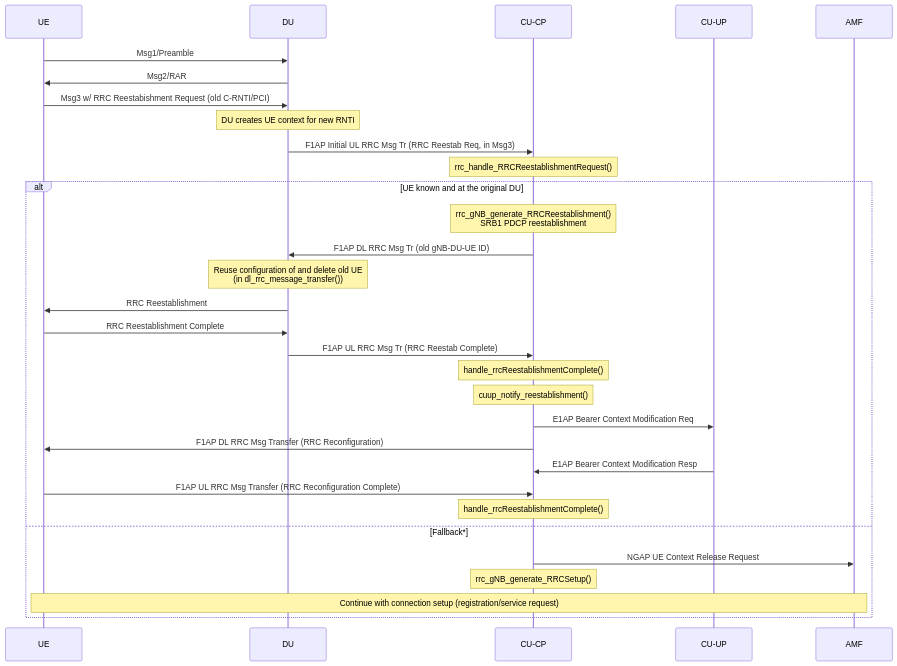
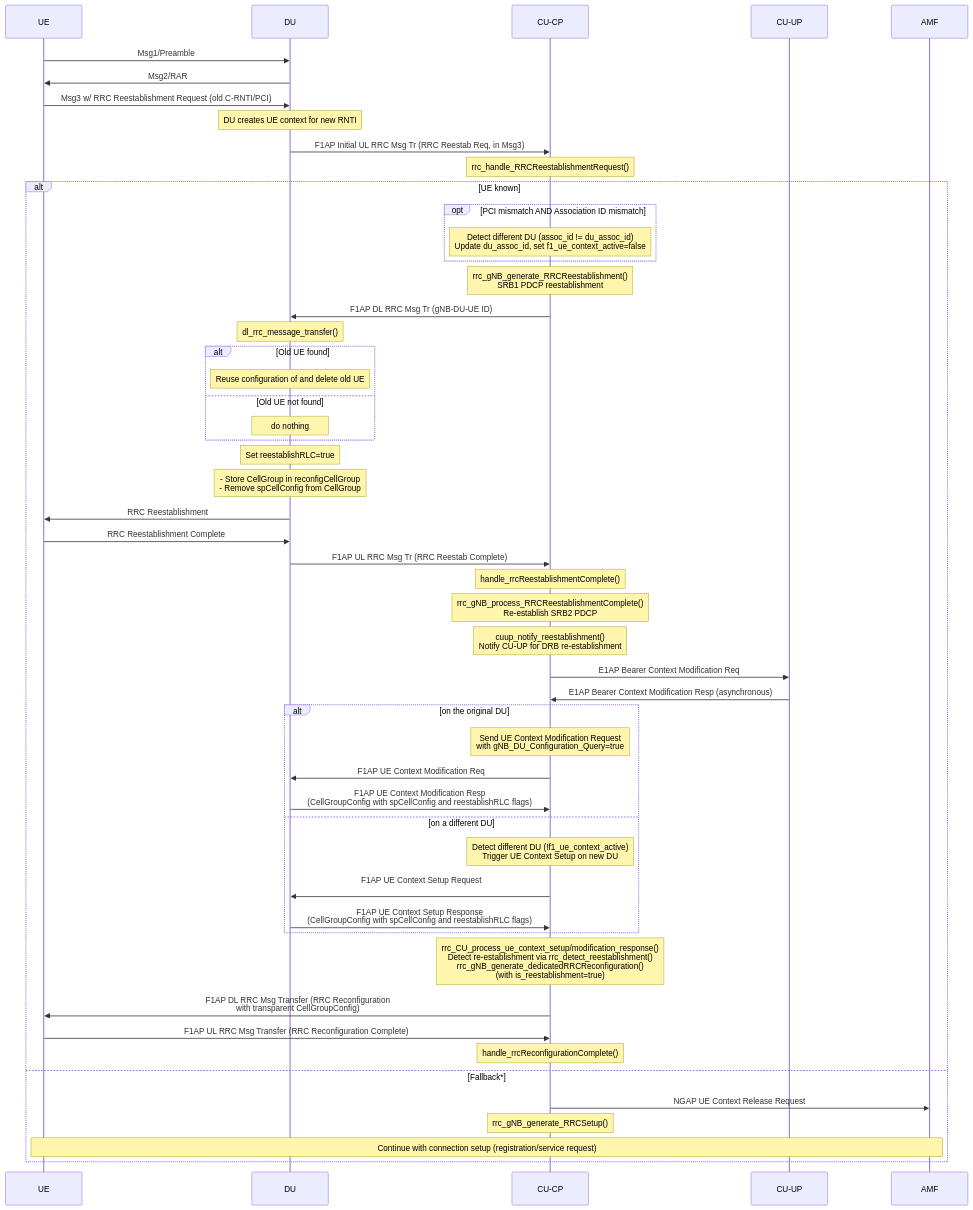
The fifth of 7 diagrams in doc/RRC/rrc-dev.md (whitedevil-iith/oaiRAN_Project), drawn with Mermaid before and after one commit. The commit also changed other lines of this file, not shown here.

Commit message:
Doc: update RRC re-establishment documentation

````diff
--- a/doc/RRC/rrc-dev.md
+++ b/doc/RRC/rrc-dev.md
@@ -178,34 +184,55 @@
 ```mermaid
 sequenceDiagram
   participant ue as UE
   participant du as DU
   participant cucp as CU-CP
   participant cuup as CU-UP
   participant amf as AMF
 
   ue->>du: Msg1/Preamble
   du->>ue: Msg2/RAR
-  ue->>du: Msg3 w/ RRC Reestabishment Request (old C-RNTI/PCI)
+  ue->>du: Msg3 w/ RRC Reestablishment Request (old C-RNTI/PCI)
   Note over du: DU creates UE context for new RNTI
   du->>cucp: F1AP Initial UL RRC Msg Tr (RRC Reestab Req, in Msg3)
   Note over cucp: rrc_handle_RRCReestablishmentRequest()
-  alt UE known and at the original DU
-      Note over cucp: rrc_gNB_generate_RRCReestablishment()<br />SRB1 PDCP reestablishment
-      cucp->>du: F1AP DL RRC Msg Tr (old gNB-DU-UE ID)
-      Note over du: Reuse configuration of and delete old UE<br />(in dl_rrc_message_transfer())
+  alt UE known
+      opt PCI mismatch AND Association ID mismatch
+        Note over cucp: Detect different DU (assoc_id != du_assoc_id)<br/>Update du_assoc_id, set f1_ue_context_active=false
+      end
+      Note over cucp: rrc_gNB_generate_RRCReestablishment()<br/>SRB1 PDCP reestablishment
+      cucp->>du: F1AP DL RRC Msg Tr (gNB-DU-UE ID)
+      Note over du: dl_rrc_message_transfer()
+        alt Old UE found
+          Note over du: Reuse configuration of and delete old UE
+        else Old UE not found
+          Note over du: do nothing
+        end
+      Note over du: Set reestablishRLC=true
+      Note over du: - Store CellGroup in reconfigCellGroup<br/>- Remove spCellConfig from CellGroup
       du->>ue: RRC Reestablishment
       ue->>du: RRC Reestablishment Complete
       du->>cucp: F1AP UL RRC Msg Tr (RRC Reestab Complete)
       Note over cucp: handle_rrcReestablishmentComplete()
-      Note over cucp: cuup_notify_reestablishment()
-        cucp->>cuup: E1AP Bearer Context Modification Req
-      cucp->>ue: F1AP DL RRC Msg Transfer (RRC Reconfiguration)
-        cuup->>cucp: E1AP Bearer Context Modification Resp
+      Note over cucp: rrc_gNB_process_RRCReestablishmentComplete()<br/>Re-establish SRB2 PDCP
+      Note over cucp: cuup_notify_reestablishment()<br/>Notify CU-UP for DRB re-establishment
+      cucp->>cuup: E1AP Bearer Context Modification Req
+      cuup->>cucp: E1AP Bearer Context Modification Resp (asynchronous)
+      alt on the original DU
+          Note over cucp: Send UE Context Modification Request<br/>with gNB_DU_Configuration_Query=true
+          cucp->>du: F1AP UE Context Modification Req
+          du->>cucp: F1AP UE Context Modification Resp<br/>(CellGroupConfig with spCellConfig and reestablishRLC flags)
+      else on a different DU
+          Note over cucp: Detect different DU (!f1_ue_context_active)<br/>Trigger UE Context Setup on new DU
+          cucp->>du: F1AP UE Context Setup Request<br/>
+          du->>cucp: F1AP UE Context Setup Response<br/>(CellGroupConfig with spCellConfig and reestablishRLC flags)
+      end
+      Note over cucp: rrc_CU_process_ue_context_setup/modification_response()<br/>Detect re-establishment via rrc_detect_reestablishment()<br/>rrc_gNB_generate_dedicatedRRCReconfiguration()<br/>(with is_reestablishment=true)
+      cucp->>ue: F1AP DL RRC Msg Transfer (RRC Reconfiguration<br/>with transparent CellGroupConfig)
       ue->>cucp: F1AP UL RRC Msg Transfer (RRC Reconfiguration Complete)
-      Note over cucp: handle_rrcReestablishmentComplete()
+      Note over cucp: handle_rrcReconfigurationComplete()
   else Fallback*
       cucp->>amf: NGAP UE Context Release Request
       Note over cucp: rrc_gNB_generate_RRCSetup()
       Note over ue,amf: Continue with connection setup (registration/service request)
   end
 ```
````
